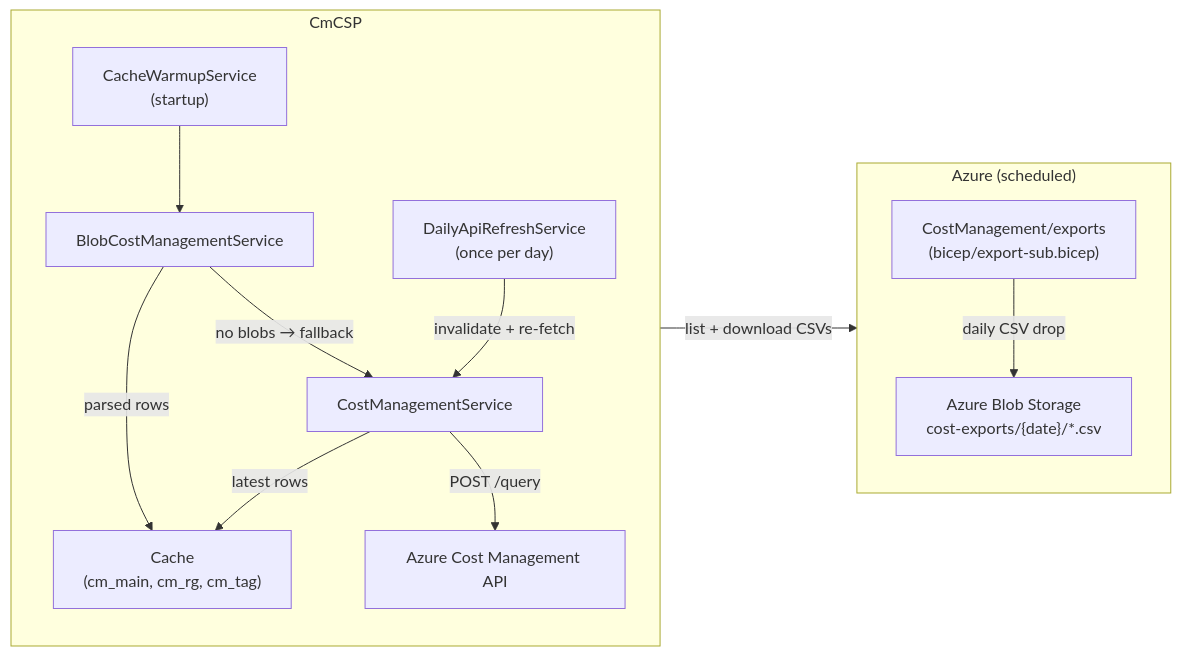
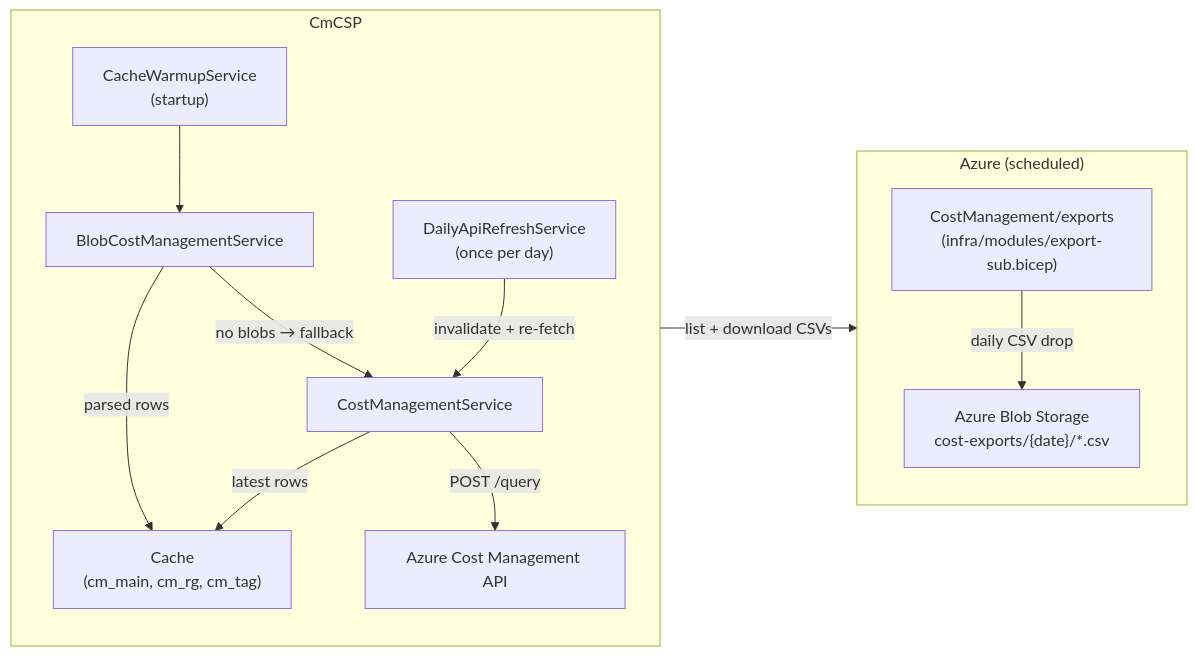
One commit to tdsnxnielsen-mikkelbach/CmCSP changed the fifth of 7 diagrams in README.md. Above: the diagram before and after it, drawn with Mermaid. The commit also changed other lines of this file and 54 other files, not shown here.

First line of the commit message:
feat: Add SQL data platform schema and backfill job for Azure Cost Management

````diff
--- a/README.md
+++ b/README.md
@@ -594,25 +601,25 @@
 ```mermaid
 flowchart LR
     subgraph Azure["Azure (scheduled)"]
         direction TB
-        Export["CostManagement/exports\n(bicep/export-sub.bicep)"]
+        Export["CostManagement/exports\n(infra/modules/export-sub.bicep)"]
         Blob["Azure Blob Storage\ncost-exports/{date}/*.csv"]
         Export -->|"daily CSV drop"| Blob
     end
 
     subgraph App["CmCSP"]
         direction TB
         Warmup["CacheWarmupService\n(startup)"]
         Daily["DailyApiRefreshService\n(once per day)"]
         BlobSvc["BlobCostManagementService"]
         CostSvc["CostManagementService"]
         Cache["Cache\n(cm_main, cm_rg, cm_tag)"]
         Warmup --> BlobSvc
         BlobSvc -->|"list + download CSVs"| Blob
         BlobSvc -->|"no blobs → fallback"| CostSvc
         BlobSvc -->|"parsed rows"| Cache
         Daily -->|"invalidate + re-fetch"| CostSvc
         CostSvc -->|"POST /query"| AzureAPI["Azure Cost Management API"]
         CostSvc -->|"latest rows"| Cache
     end
 ```
````
